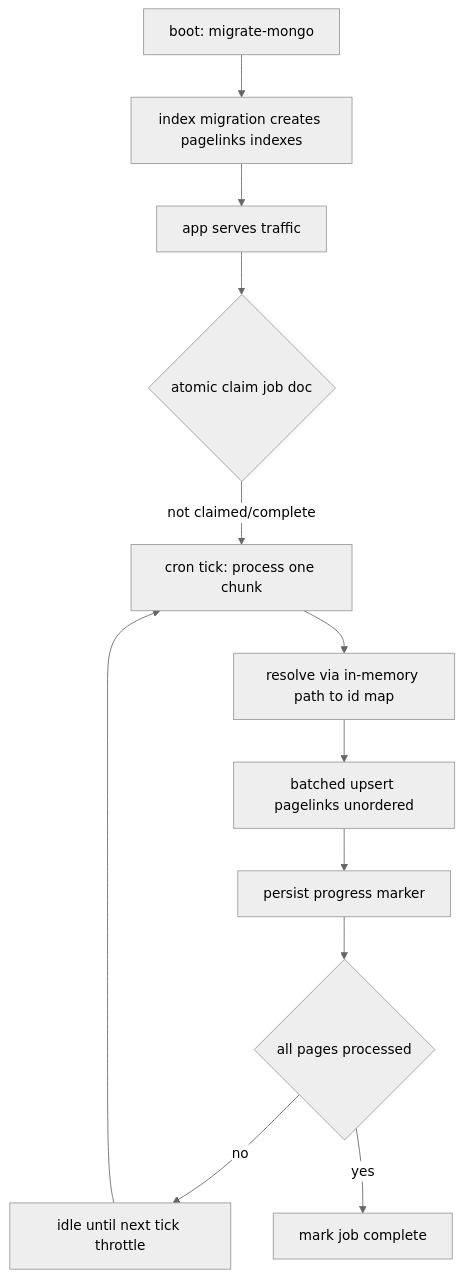
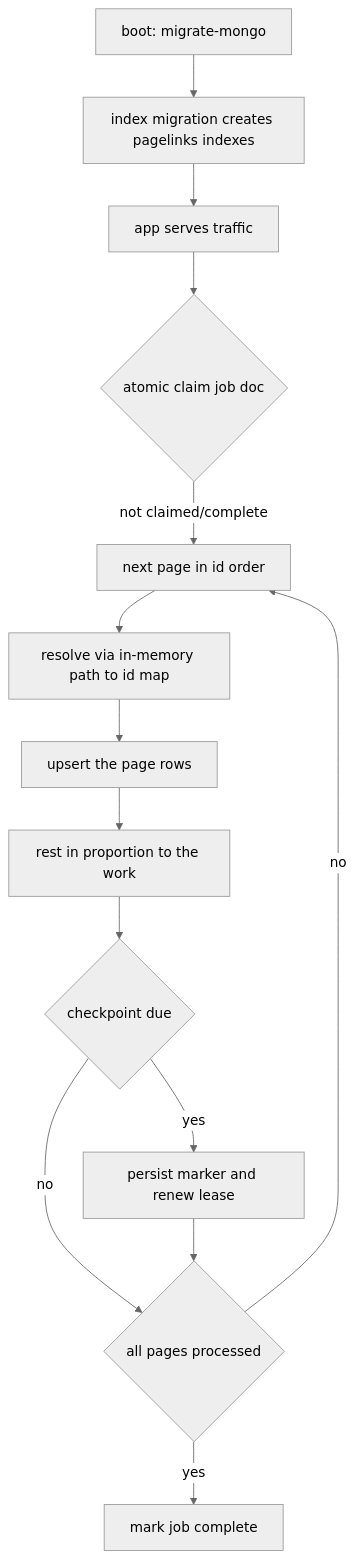
Before and after one commit to weseek/growi: the fifth of 5 diagrams in .kiro/specs/backlinks/design.md, drawn with Mermaid (neutral theme). The commit also changed other lines of this file and 2 other files, not shown here.

Commit message:
Choose the per-page proportional rest for the backlinks backfill pacing in the spec

````diff
--- a/.kiro/specs/backlinks/design.md
+++ b/.kiro/specs/backlinks/design.md
@@ -1220,14 +1224,16 @@
 ```mermaid
 graph TB
     Boot[boot: migrate-mongo] --> Idx[index migration creates pagelinks indexes]
     Idx --> Serve[app serves traffic]
     Serve --> Claim{atomic claim job doc}
-    Claim -- not claimed/complete --> Tick[cron tick: process one chunk]
-    Tick --> Map[resolve via in-memory path to id map]
-    Map --> Bulk[batched upsert pagelinks unordered]
-    Bulk --> Save[persist progress marker]
+    Claim -- not claimed/complete --> Page[next page in id order]
+    Page --> Map[resolve via in-memory path to id map]
+    Map --> Bulk[upsert the page rows]
+    Bulk --> Rest[rest in proportion to the work]
+    Rest --> Cp{checkpoint due}
+    Cp -- yes --> Save[persist marker and renew lease]
+    Cp -- no --> Done
     Save --> Done{all pages processed}
-    Done -- no --> Idle[idle until next tick throttle]
-    Idle --> Tick
+    Done -- no --> Page
     Done -- yes --> Mark[mark job complete]
 ```
````
